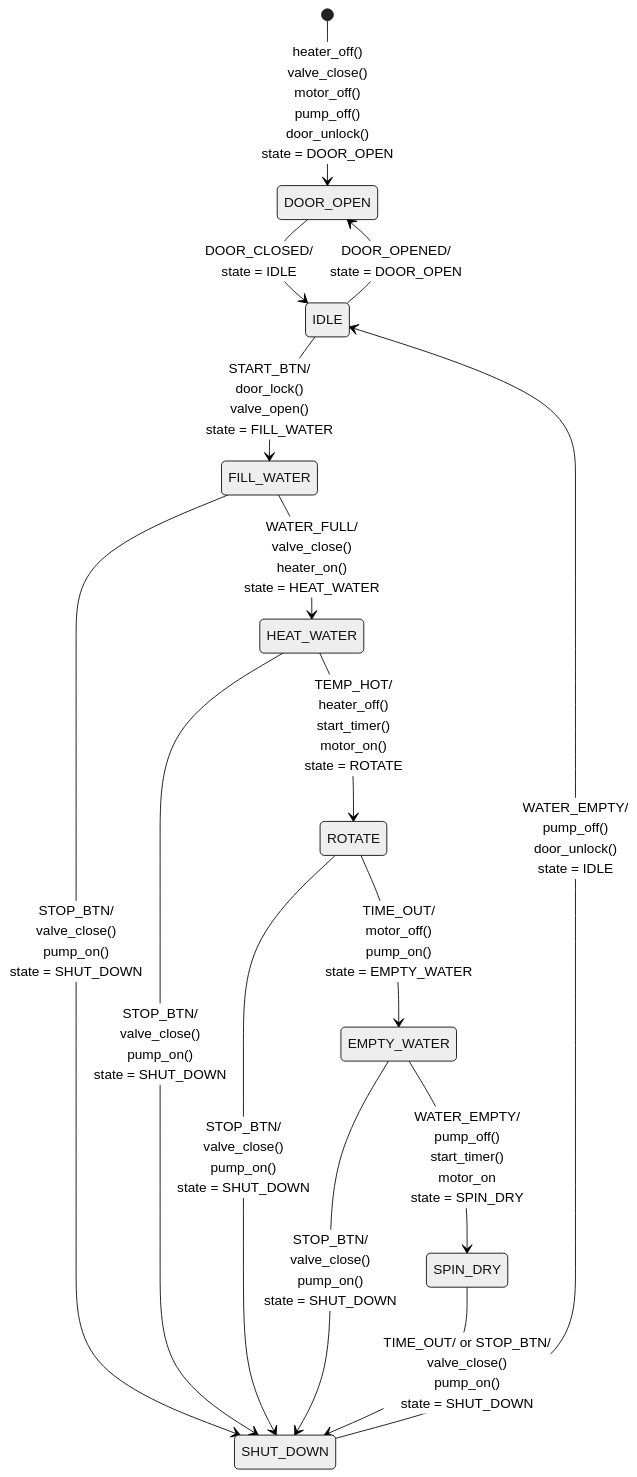
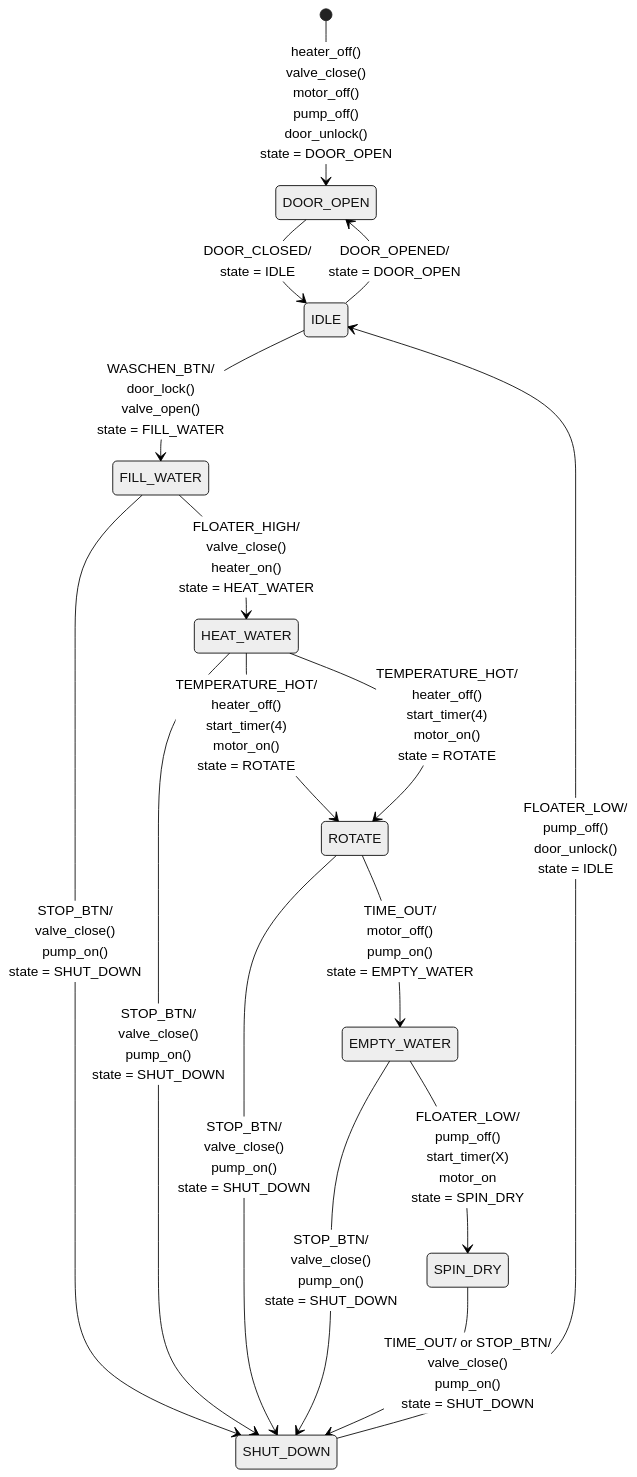
The diagram in 02_U01/ESE_washing_machine_diagram.md (jilzerndt/ESE), drawn with Mermaid (neutral theme) before and after one commit. The commit also changed 68 other files, not shown here.

````diff
--- a/02_U01/ESE_washing_machine_diagram.md
+++ b/02_U01/ESE_washing_machine_diagram.md
@@ -3,25 +3,26 @@
 ```mermaid
 stateDiagram-v2
     [*] --> DOOR_OPEN: heater_off() <br> valve_close() <br> motor_off() <br> pump_off() <br> door_unlock() <br> state = DOOR_OPEN
     
     IDLE --> DOOR_OPEN: DOOR_OPENED/ <br> state = DOOR_OPEN
-    IDLE --> FILL_WATER: START_BTN/ <br> door_lock() <br> valve_open() <br> state = FILL_WATER
+    IDLE --> FILL_WATER: WASCHEN_BTN/ <br> door_lock() <br> valve_open() <br> state = FILL_WATER
     
     DOOR_OPEN --> IDLE: DOOR_CLOSED/ <br> state = IDLE
     
-    FILL_WATER --> HEAT_WATER: WATER_FULL/ <br> valve_close() <br> heater_on() <br> state = HEAT_WATER
+    FILL_WATER --> HEAT_WATER: FLOATER_HIGH/ <br> valve_close() <br> heater_on() <br> state = HEAT_WATER
     FILL_WATER --> SHUT_DOWN: STOP_BTN/ <br> valve_close() <br> pump_on() <br> state = SHUT_DOWN
     
-    HEAT_WATER --> ROTATE: TEMP_HOT/ <br> heater_off() <br> start_timer() <br> motor_on() <br> state = ROTATE
+    HEAT_WATER --> ROTATE: TEMPERATURE_HOT/ <br> heater_off() <br> start_timer(4) <br> motor_on() <br> state = ROTATE
+    HEAT_WATER --> ROTATE: TEMPERATURE_HOT/ <br> heater_off() <br> start_timer(4) <br> motor_on() <br> state = ROTATE
     HEAT_WATER --> SHUT_DOWN: STOP_BTN/ <br> valve_close() <br> pump_on() <br> state = SHUT_DOWN
     
     ROTATE --> EMPTY_WATER: TIME_OUT/ <br> motor_off() <br> pump_on() <br> state = EMPTY_WATER
     ROTATE --> SHUT_DOWN: STOP_BTN/ <br> valve_close() <br> pump_on() <br> state = SHUT_DOWN
     
-    EMPTY_WATER --> SPIN_DRY: WATER_EMPTY/ <br> pump_off() <br> start_timer() <br> motor_on <br> state = SPIN_DRY
+    EMPTY_WATER --> SPIN_DRY: FLOATER_LOW/ <br> pump_off() <br> start_timer(X) <br> motor_on <br> state = SPIN_DRY
     EMPTY_WATER --> SHUT_DOWN: STOP_BTN/ <br> valve_close() <br> pump_on() <br> state = SHUT_DOWN
     
     SPIN_DRY --> SHUT_DOWN: TIME_OUT/ or STOP_BTN/ <br> valve_close() <br> pump_on() <br> state = SHUT_DOWN
     
-    SHUT_DOWN --> IDLE: WATER_EMPTY/ <br> pump_off() <br> door_unlock() <br> state = IDLE
+    SHUT_DOWN --> IDLE: FLOATER_LOW/ <br> pump_off() <br> door_unlock() <br> state = IDLE
 ```
````
